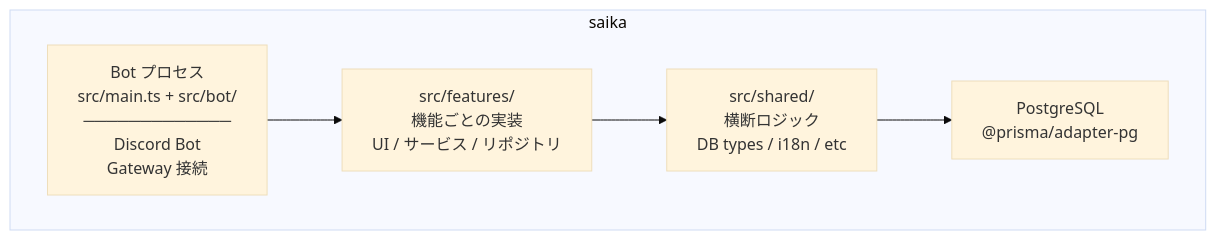
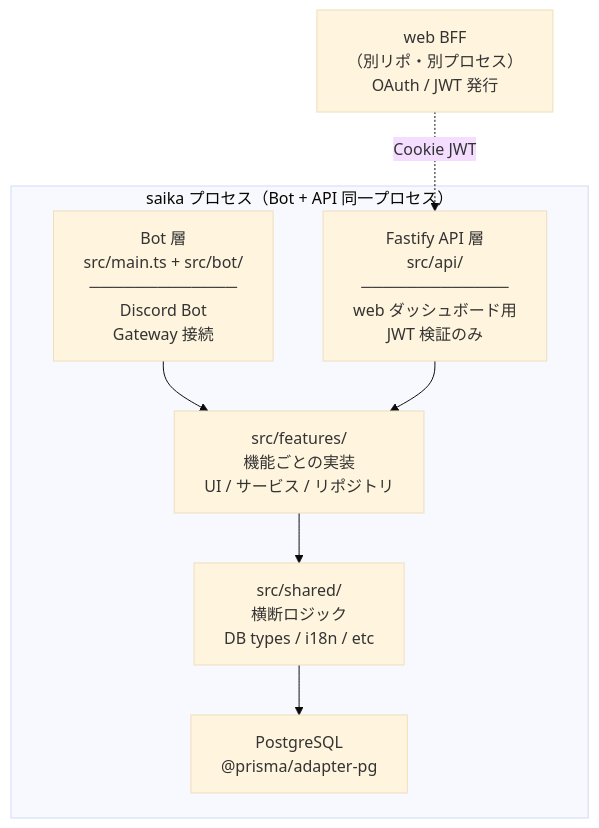
One commit to ayasono-project/saika changed the diagram in docs/guides/ARCHITECTURE.md. Above: the diagram before and after it, drawn with Mermaid (base theme). The commit also changed other lines of this file and 1 other file, not shown here.

First line of the commit message:
docs: ARCHITECTURE に API 層を追記し TODO を整理

````diff
--- a/docs/guides/ARCHITECTURE.md
+++ b/docs/guides/ARCHITECTURE.md
@@ -34,12 +34,16 @@
 ```mermaid
 graph TD
-    subgraph saika["saika"]
-        Bot["Bot プロセス<br>src/main.ts + src/bot/<br>─────────────<br>Discord Bot<br>Gateway 接続"]
+    subgraph saika["saika プロセス（Bot + API 同一プロセス）"]
+        Bot["Bot 層<br>src/main.ts + src/bot/<br>─────────────<br>Discord Bot<br>Gateway 接続"]
+        Api["Fastify API 層<br>src/api/<br>─────────────<br>web ダッシュボード用<br>JWT 検証のみ"]
         Features["src/features/<br>機能ごとの実装<br>UI / サービス / リポジトリ"]
         Shared["src/shared/<br>横断ロジック<br>DB types / i18n / etc"]
         DB["PostgreSQL<br>@prisma/adapter-pg"]
     end
+    Web["web BFF<br>（別リポ・別プロセス）<br>OAuth / JWT 発行"]
     Bot --> Features
+    Api --> Features
     Features --> Shared
     Shared --> DB
+    Web -. "Cookie JWT" .-> Api
 ```
````
